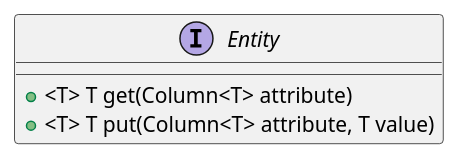
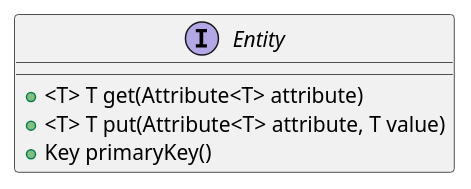
Before and after one commit to codion-is/codion: the second of 2 diagrams in documentation/src/docs/asciidoc/manual/framework-domain-model.adoc, drawn with PlantUML. The commit also changed other lines of this file, not shown here.

```diff
--- a/documentation/src/docs/asciidoc/manual/framework-domain-model.adoc
+++ b/documentation/src/docs/asciidoc/manual/framework-domain-model.adoc
@@ -12,8 +58,9 @@
 [plantuml, entity-diagram, svg, align=center]
 -------------------------------------------
 
 interface Entity {
-    +<T> T get(Column<T> attribute)
-    +<T> T put(Column<T> attribute, T value)
+    +<T> T get(Attribute<T> attribute)
+    +<T> T put(Attribute<T> attribute, T value)
+    +Key primaryKey()
 }
 -------------------------------------------
```
